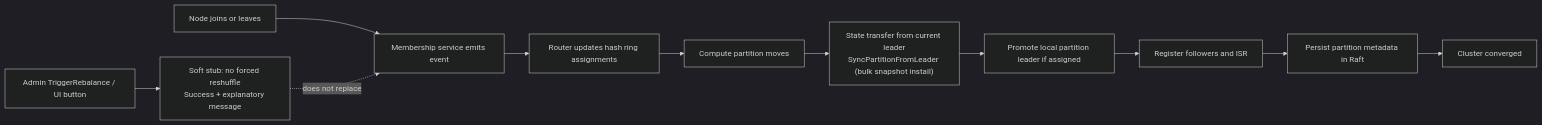
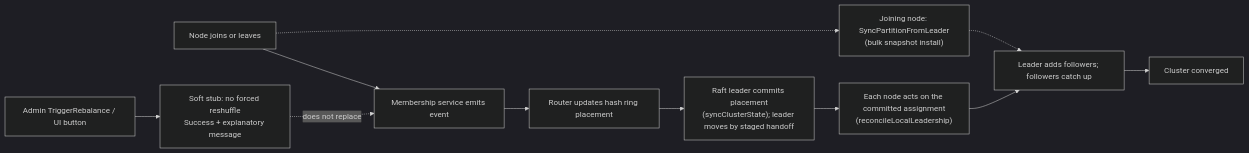
One commit to jatin711-debug/cronos_db_golang changed the diagram in docs/architecture/features/cluster.md. Above: the diagram before and after it, drawn with Mermaid (dark theme). The commit also changed other lines of this file and 31 other files, not shown here.

````diff
--- a/docs/architecture/features/cluster.md
+++ b/docs/architecture/features/cluster.md
@@ -93,20 +95,19 @@
 ```mermaid
 flowchart LR
     NodeJoin[Node joins or leaves]
     Membership[Membership service emits event]
-    Router[Router updates hash ring assignments]
-    Moves[Compute partition moves]
-    Sync["State transfer from current leader<br/>SyncPartitionFromLeader (bulk snapshot install)"]
-    Promote[Promote local partition leader if assigned]
-    Follower[Register followers and ISR]
-    RaftSync[Persist partition metadata in Raft]
+    Router[Router updates hash ring placement]
+    RaftSync["Raft leader commits placement<br/>(syncClusterState); leader moves by staged handoff"]
+    Promote["Each node acts on the committed assignment<br/>(reconcileLocalLeadership)"]
+    Follower[Leader adds followers; followers catch up]
+    Sync["Joining node: SyncPartitionFromLeader<br/>(bulk snapshot install)"]
     Healthy[Cluster converged]
 
     AdminBtn[Admin TriggerRebalance / UI button]
     SoftStub["Soft stub: no forced reshuffle<br/>Success + explanatory message"]
 
-    NodeJoin --> Membership --> Router --> Moves
-    Moves --> Sync --> Promote --> Follower --> RaftSync --> Healthy
+    NodeJoin --> Membership --> Router --> RaftSync --> Promote --> Follower --> Healthy
+    NodeJoin -.-> Sync -.-> Follower
     AdminBtn --> SoftStub
     SoftStub -.->|does not replace| Membership
 ```
````
